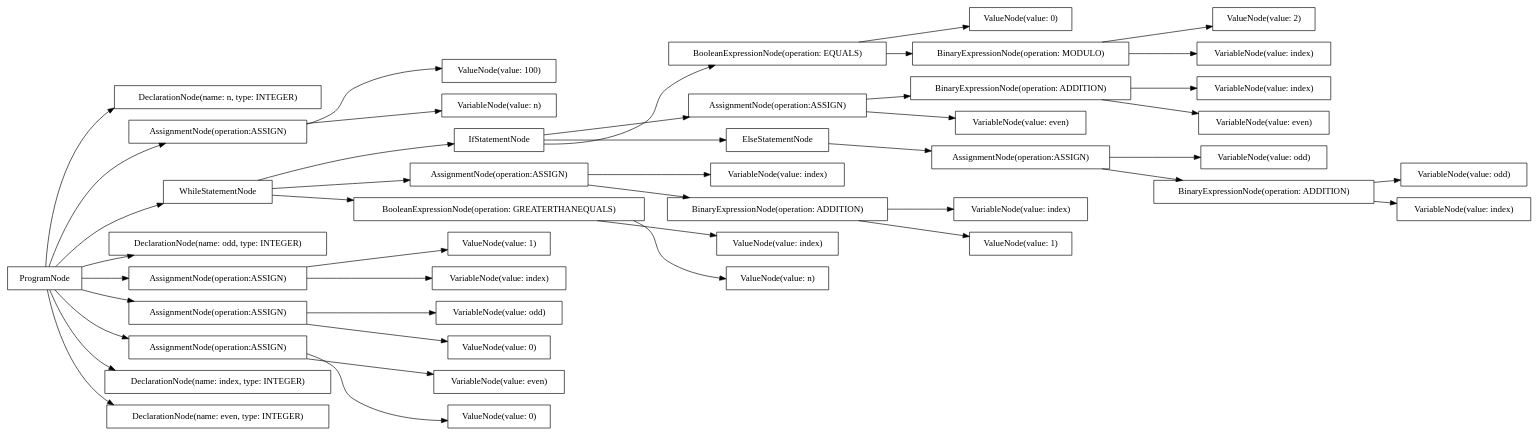
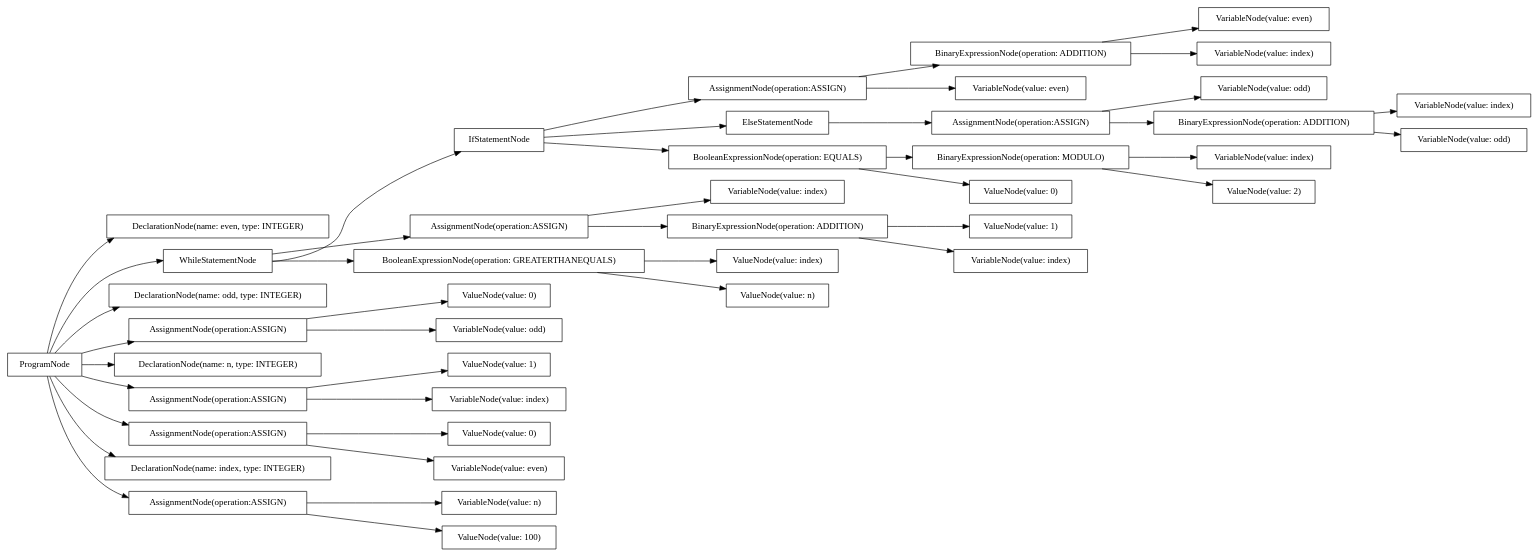
Before and after one commit to AtLeastITry/ANTLR-Python-Compiler: the diagram in src/output/dot/odd_even.dot, drawn with Graphviz. The commit also changed 8 other files, not shown here.

```diff
--- a/src/output/dot/odd_even.dot
+++ b/src/output/dot/odd_even.dot
@@ -1,88 +1,88 @@
 digraph G {
 rankdir=LR
-"64bb99cd-3662-4bb4-a95a-698d5b16e1e1" [label="ValueNode(value: 2)" shape="box"];
-"2c5c5c72-d7b1-4967-a4f8-6f0aca63c9e9" [label="VariableNode(value: index)" shape="box"];
-"53cd578e-72d1-426d-b623-7fbb10b82b97" [label="DeclarationNode(name: n, type: INTEGER)" shape="box"];
-"f9849b89-a6b8-4023-8e40-e4b2c77c0f11" [label="ValueNode(value: 100)" shape="box"];
-"b1921cdd-8e38-463c-8ee3-eba851353438" [label="IfStatementNode" shape="box"];
-"090998a7-073f-46d7-afe3-f2215f03e948" [label="VariableNode(value: odd)" shape="box"];
-"037671e2-61f0-4d68-8b18-01d38a44e053" [label="VariableNode(value: index)" shape="box"];
-"f1f42a09-4625-46df-bc0f-1e3b14b319d1" [label="AssignmentNode(operation:ASSIGN)" shape="box"];
-"1b28136c-bf97-4af4-840c-bc385a1ccf5d" [label="ValueNode(value: index)" shape="box"];
-"040437fc-57a7-4e79-b494-8e6fadc94e86" [label="VariableNode(value: odd)" shape="box"];
-"5de65fb4-553e-4b04-9f2b-5a076bc3f3d3" [label="AssignmentNode(operation:ASSIGN)" shape="box"];
-"7754b00d-58da-4e18-8d17-60c5f801455d" [label="BooleanExpressionNode(operation: EQUALS)" shape="box"];
-"01e404c1-905d-4e34-9f6e-3c358ae056e2" [label="AssignmentNode(operation:ASSIGN)" shape="box"];
-"5ec9c720-3016-4b67-8b7c-982be8c49ddc" [label="VariableNode(value: index)" shape="box"];
-"ab747091-ce72-41d0-8d39-c7faa21a9847" [label="VariableNode(value: n)" shape="box"];
-"6b5ffb9a-09a9-4016-bc8a-11bba5e27ab0" [label="ValueNode(value: 0)" shape="box"];
-"bf5fd07a-ac9b-426c-9582-cdd51aeab7b4" [label="VariableNode(value: index)" shape="box"];
-"ba75d6c8-5d08-4e94-be68-714237b0fa67" [label="BinaryExpressionNode(operation: ADDITION)" shape="box"];
-"c4c86c8c-de6a-4960-9f08-6d77c257717a" [label="BinaryExpressionNode(operation: ADDITION)" shape="box"];
-"02be5b0e-4a29-428c-8ea4-364dd3962377" [label="VariableNode(value: even)" shape="box"];
-"5f5fd7ab-c8cb-48cc-b422-c1107f3fd5e3" [label="ValueNode(value: 1)" shape="box"];
-"c7fce95c-1402-45a2-9a0c-d82ddf078339" [label="WhileStatementNode" shape="box"];
-"95fcb764-612f-460c-874e-c53b341a5ff4" [label="ProgramNode" shape="box"];
-"08d4e5ac-c2d1-4095-a5da-a3e4a17ed69d" [label="VariableNode(value: even)" shape="box"];
-"15545fda-70b0-41f3-b45e-c55a4866e50d" [label="VariableNode(value: index)" shape="box"];
-"c07fbbf0-db87-4955-b884-0280891ffea5" [label="DeclarationNode(name: odd, type: INTEGER)" shape="box"];
-"b632641f-a0bd-4875-9ded-c46b144d4208" [label="VariableNode(value: index)" shape="box"];
-"af149b26-b6f4-4116-968f-461f7a653943" [label="VariableNode(value: odd)" shape="box"];
-"22422d42-8a03-4c5b-a225-1113333d8074" [label="AssignmentNode(operation:ASSIGN)" shape="box"];
-"e64d3546-984f-4b00-9ecd-6da39f69aaea" [label="BooleanExpressionNode(operation: GREATERTHANEQUALS)" shape="box"];
-"46da9f78-a7ca-4876-87d0-2c30c9c55ad0" [label="ValueNode(value: 1)" shape="box"];
-"757dbc3a-440d-4d6e-8925-89cdd87f04df" [label="ValueNode(value: n)" shape="box"];
-"639db208-2474-4eaf-906d-92d09a1efdc2" [label="AssignmentNode(operation:ASSIGN)" shape="box"];
-"f3488911-a806-472d-be13-03d574c7dcdc" [label="ElseStatementNode" shape="box"];
-"cace3f1a-f9b8-4dbe-8e3a-4afe023ec71a" [label="AssignmentNode(operation:ASSIGN)" shape="box"];
-"f5939d95-b0aa-4cd6-b181-fdb77a0a9875" [label="ValueNode(value: 0)" shape="box"];
-"28da2d28-2e60-43da-9761-c8e1ad49ebf2" [label="AssignmentNode(operation:ASSIGN)" shape="box"];
-"4ade2b14-fbb0-4e5d-b25c-af07f353f61a" [label="ValueNode(value: 0)" shape="box"];
-"42f47d5a-626a-42aa-b565-4ca2012fbcf1" [label="BinaryExpressionNode(operation: MODULO)" shape="box"];
-"ef8989a0-976f-4538-b846-75d838fd8be7" [label="VariableNode(value: even)" shape="box"];
-"a5938e30-8f1c-458a-b9f9-00a9c7d2db8c" [label="BinaryExpressionNode(operation: ADDITION)" shape="box"];
-"2cdb2e91-deb0-4980-8b14-2bfd564361ad" [label="DeclarationNode(name: index, type: INTEGER)" shape="box"];
-"f207eac2-f0e5-4f3d-a748-da2ab0b58af5" [label="DeclarationNode(name: even, type: INTEGER)" shape="box"];
-"95fcb764-612f-460c-874e-c53b341a5ff4" -> "53cd578e-72d1-426d-b623-7fbb10b82b97";
-"95fcb764-612f-460c-874e-c53b341a5ff4" -> "c07fbbf0-db87-4955-b884-0280891ffea5";
-"95fcb764-612f-460c-874e-c53b341a5ff4" -> "f207eac2-f0e5-4f3d-a748-da2ab0b58af5";
-"95fcb764-612f-460c-874e-c53b341a5ff4" -> "2cdb2e91-deb0-4980-8b14-2bfd564361ad";
-"95fcb764-612f-460c-874e-c53b341a5ff4" -> "5de65fb4-553e-4b04-9f2b-5a076bc3f3d3";
-"5de65fb4-553e-4b04-9f2b-5a076bc3f3d3" -> "ab747091-ce72-41d0-8d39-c7faa21a9847";
-"5de65fb4-553e-4b04-9f2b-5a076bc3f3d3" -> "f9849b89-a6b8-4023-8e40-e4b2c77c0f11";
-"95fcb764-612f-460c-874e-c53b341a5ff4" -> "cace3f1a-f9b8-4dbe-8e3a-4afe023ec71a";
-"cace3f1a-f9b8-4dbe-8e3a-4afe023ec71a" -> "090998a7-073f-46d7-afe3-f2215f03e948";
-"cace3f1a-f9b8-4dbe-8e3a-4afe023ec71a" -> "f5939d95-b0aa-4cd6-b181-fdb77a0a9875";
-"95fcb764-612f-460c-874e-c53b341a5ff4" -> "28da2d28-2e60-43da-9761-c8e1ad49ebf2";
-"28da2d28-2e60-43da-9761-c8e1ad49ebf2" -> "02be5b0e-4a29-428c-8ea4-364dd3962377";
-"28da2d28-2e60-43da-9761-c8e1ad49ebf2" -> "4ade2b14-fbb0-4e5d-b25c-af07f353f61a";
-"95fcb764-612f-460c-874e-c53b341a5ff4" -> "639db208-2474-4eaf-906d-92d09a1efdc2";
-"639db208-2474-4eaf-906d-92d09a1efdc2" -> "b632641f-a0bd-4875-9ded-c46b144d4208";
-"639db208-2474-4eaf-906d-92d09a1efdc2" -> "5f5fd7ab-c8cb-48cc-b422-c1107f3fd5e3";
-"95fcb764-612f-460c-874e-c53b341a5ff4" -> "c7fce95c-1402-45a2-9a0c-d82ddf078339";
-"c7fce95c-1402-45a2-9a0c-d82ddf078339" -> "e64d3546-984f-4b00-9ecd-6da39f69aaea";
-"e64d3546-984f-4b00-9ecd-6da39f69aaea" -> "1b28136c-bf97-4af4-840c-bc385a1ccf5d";
-"e64d3546-984f-4b00-9ecd-6da39f69aaea" -> "757dbc3a-440d-4d6e-8925-89cdd87f04df";
-"c7fce95c-1402-45a2-9a0c-d82ddf078339" -> "b1921cdd-8e38-463c-8ee3-eba851353438";
-"b1921cdd-8e38-463c-8ee3-eba851353438" -> "7754b00d-58da-4e18-8d17-60c5f801455d";
-"7754b00d-58da-4e18-8d17-60c5f801455d" -> "42f47d5a-626a-42aa-b565-4ca2012fbcf1";
-"42f47d5a-626a-42aa-b565-4ca2012fbcf1" -> "15545fda-70b0-41f3-b45e-c55a4866e50d";
-"42f47d5a-626a-42aa-b565-4ca2012fbcf1" -> "64bb99cd-3662-4bb4-a95a-698d5b16e1e1";
-"7754b00d-58da-4e18-8d17-60c5f801455d" -> "6b5ffb9a-09a9-4016-bc8a-11bba5e27ab0";
-"b1921cdd-8e38-463c-8ee3-eba851353438" -> "22422d42-8a03-4c5b-a225-1113333d8074";
-"22422d42-8a03-4c5b-a225-1113333d8074" -> "08d4e5ac-c2d1-4095-a5da-a3e4a17ed69d";
-"22422d42-8a03-4c5b-a225-1113333d8074" -> "ba75d6c8-5d08-4e94-be68-714237b0fa67";
-"ba75d6c8-5d08-4e94-be68-714237b0fa67" -> "ef8989a0-976f-4538-b846-75d838fd8be7";
-"ba75d6c8-5d08-4e94-be68-714237b0fa67" -> "037671e2-61f0-4d68-8b18-01d38a44e053";
-"b1921cdd-8e38-463c-8ee3-eba851353438" -> "f3488911-a806-472d-be13-03d574c7dcdc";
-"f3488911-a806-472d-be13-03d574c7dcdc" -> "f1f42a09-4625-46df-bc0f-1e3b14b319d1";
-"f1f42a09-4625-46df-bc0f-1e3b14b319d1" -> "af149b26-b6f4-4116-968f-461f7a653943";
-"f1f42a09-4625-46df-bc0f-1e3b14b319d1" -> "a5938e30-8f1c-458a-b9f9-00a9c7d2db8c";
-"a5938e30-8f1c-458a-b9f9-00a9c7d2db8c" -> "040437fc-57a7-4e79-b494-8e6fadc94e86";
-"a5938e30-8f1c-458a-b9f9-00a9c7d2db8c" -> "bf5fd07a-ac9b-426c-9582-cdd51aeab7b4";
-"c7fce95c-1402-45a2-9a0c-d82ddf078339" -> "01e404c1-905d-4e34-9f6e-3c358ae056e2";
-"01e404c1-905d-4e34-9f6e-3c358ae056e2" -> "2c5c5c72-d7b1-4967-a4f8-6f0aca63c9e9";
-"01e404c1-905d-4e34-9f6e-3c358ae056e2" -> "c4c86c8c-de6a-4960-9f08-6d77c257717a";
-"c4c86c8c-de6a-4960-9f08-6d77c257717a" -> "5ec9c720-3016-4b67-8b7c-982be8c49ddc";
-"c4c86c8c-de6a-4960-9f08-6d77c257717a" -> "46da9f78-a7ca-4876-87d0-2c30c9c55ad0";
+"3c84ecd2-099c-4075-8765-96ca28f7bc27" [label="AssignmentNode(operation:ASSIGN)" shape="box"];
+"171e735e-746e-4063-b72b-4a5d5507163f" [label="VariableNode(value: index)" shape="box"];
+"cd8b814c-5619-467e-bede-9ad4acc6a8a8" [label="ValueNode(value: index)" shape="box"];
+"5804a53a-ef70-4b0d-ba9a-45af61b28cc2" [label="ElseStatementNode" shape="box"];
+"f3796099-5be1-4218-a795-6308bb5834db" [label="BinaryExpressionNode(operation: ADDITION)" shape="box"];
+"33f87b8a-2854-49d4-af38-bda120f2d811" [label="DeclarationNode(name: even, type: INTEGER)" shape="box"];
+"c6d660b2-c957-4b46-b3f6-2e7b369e252e" [label="ValueNode(value: 1)" shape="box"];
+"71c66917-f014-4ec2-b396-56bca569b24d" [label="IfStatementNode" shape="box"];
+"62c9003f-aedf-4084-a922-aad190cd7818" [label="ProgramNode" shape="box"];
+"b150c805-328d-4c22-97cb-fa305af432f9" [label="ValueNode(value: 0)" shape="box"];
+"f71ea689-b68f-4666-9237-fef600704903" [label="BinaryExpressionNode(operation: ADDITION)" shape="box"];
+"63cd670d-2961-45da-b2a9-07ea8a86acb3" [label="VariableNode(value: index)" shape="box"];
+"cabb9b45-202c-471c-90c5-bde4e7ca122b" [label="VariableNode(value: n)" shape="box"];
+"953ec087-adbe-4724-95ca-5e24adcd584e" [label="BinaryExpressionNode(operation: MODULO)" shape="box"];
+"654729da-3971-4427-9cde-baa30718b861" [label="WhileStatementNode" shape="box"];
+"30d05825-fbc4-4021-935e-85253a176873" [label="VariableNode(value: index)" shape="box"];
+"a74849e2-61bb-4340-82cc-b55ec1b561a7" [label="ValueNode(value: 0)" shape="box"];
+"daa74d46-cf00-4fb8-bde9-061cd5fa1007" [label="ValueNode(value: 1)" shape="box"];
+"59cbf410-cc21-45f9-9fdc-c0871ef94633" [label="VariableNode(value: odd)" shape="box"];
+"5026cdab-7126-4e51-8cc4-36f7ecb7536a" [label="AssignmentNode(operation:ASSIGN)" shape="box"];
+"a3183536-32e8-4e39-b89c-9db0ee03e285" [label="DeclarationNode(name: odd, type: INTEGER)" shape="box"];
+"f715ac36-db79-4673-bb35-c3a41840bdef" [label="AssignmentNode(operation:ASSIGN)" shape="box"];
+"19c2a2b7-7c89-4a85-b1a1-a0b771c70fbf" [label="VariableNode(value: index)" shape="box"];
+"93e62058-f078-4c74-b693-54323e70a0f4" [label="VariableNode(value: index)" shape="box"];
+"473bcf86-4430-4020-8a16-c80279b6c7d4" [label="DeclarationNode(name: n, type: INTEGER)" shape="box"];
+"7802aca1-e420-4325-8b5a-ac33d2439557" [label="ValueNode(value: n)" shape="box"];
+"c43f7004-2ff4-4b8a-b0e2-a2500464acce" [label="ValueNode(value: 2)" shape="box"];
+"9be49c4e-aea7-4838-9e5d-50007d501818" [label="AssignmentNode(operation:ASSIGN)" shape="box"];
+"4ce222fb-0207-4353-8a62-ed64aad19d7a" [label="VariableNode(value: odd)" shape="box"];
+"57fe3e93-d83a-4d87-a00e-a00ff838c248" [label="VariableNode(value: even)" shape="box"];
+"63753b0e-72ae-445a-b216-732f145d42ca" [label="VariableNode(value: odd)" shape="box"];
+"7ad9524d-75b9-4846-9a59-6fddcf9d4b10" [label="AssignmentNode(operation:ASSIGN)" shape="box"];
+"c9b1f6f1-609c-4785-bc33-1a2e5422b2c4" [label="ValueNode(value: 0)" shape="box"];
+"36ee04f1-cbd9-43a6-b3fd-b625976e6c73" [label="ValueNode(value: 100)" shape="box"];
+"a4d1915e-89b2-443b-900a-16803e936cb7" [label="BooleanExpressionNode(operation: EQUALS)" shape="box"];
+"4770ac5f-f432-4748-9093-0491e104a3ba" [label="BooleanExpressionNode(operation: GREATERTHANEQUALS)" shape="box"];
+"01bc6fca-87b9-4cb0-94f5-4add2bac1354" [label="VariableNode(value: even)" shape="box"];
+"5aaec957-626d-4187-a6fa-f9288a75ca07" [label="VariableNode(value: index)" shape="box"];
+"debe5e78-cba1-4369-ae3b-137caed6bbab" [label="VariableNode(value: even)" shape="box"];
+"294dc2a1-2652-4ed2-bea3-02210db932e1" [label="BinaryExpressionNode(operation: ADDITION)" shape="box"];
+"b7230f8d-f162-4e6e-b434-a292ce7df50e" [label="DeclarationNode(name: index, type: INTEGER)" shape="box"];
+"9fb4ab69-30ef-4c17-a55e-432ef115fbfd" [label="AssignmentNode(operation:ASSIGN)" shape="box"];
+"f8f7ea2a-a133-4be9-be8c-bcd7eae92b0b" [label="AssignmentNode(operation:ASSIGN)" shape="box"];
+"62c9003f-aedf-4084-a922-aad190cd7818" -> "473bcf86-4430-4020-8a16-c80279b6c7d4";
+"62c9003f-aedf-4084-a922-aad190cd7818" -> "a3183536-32e8-4e39-b89c-9db0ee03e285";
+"62c9003f-aedf-4084-a922-aad190cd7818" -> "33f87b8a-2854-49d4-af38-bda120f2d811";
+"62c9003f-aedf-4084-a922-aad190cd7818" -> "b7230f8d-f162-4e6e-b434-a292ce7df50e";
+"62c9003f-aedf-4084-a922-aad190cd7818" -> "9fb4ab69-30ef-4c17-a55e-432ef115fbfd";
+"9fb4ab69-30ef-4c17-a55e-432ef115fbfd" -> "cabb9b45-202c-471c-90c5-bde4e7ca122b";
+"9fb4ab69-30ef-4c17-a55e-432ef115fbfd" -> "36ee04f1-cbd9-43a6-b3fd-b625976e6c73";
+"62c9003f-aedf-4084-a922-aad190cd7818" -> "f715ac36-db79-4673-bb35-c3a41840bdef";
+"f715ac36-db79-4673-bb35-c3a41840bdef" -> "59cbf410-cc21-45f9-9fdc-c0871ef94633";
+"f715ac36-db79-4673-bb35-c3a41840bdef" -> "b150c805-328d-4c22-97cb-fa305af432f9";
+"62c9003f-aedf-4084-a922-aad190cd7818" -> "7ad9524d-75b9-4846-9a59-6fddcf9d4b10";
+"7ad9524d-75b9-4846-9a59-6fddcf9d4b10" -> "debe5e78-cba1-4369-ae3b-137caed6bbab";
+"7ad9524d-75b9-4846-9a59-6fddcf9d4b10" -> "a74849e2-61bb-4340-82cc-b55ec1b561a7";
+"62c9003f-aedf-4084-a922-aad190cd7818" -> "9be49c4e-aea7-4838-9e5d-50007d501818";
+"9be49c4e-aea7-4838-9e5d-50007d501818" -> "19c2a2b7-7c89-4a85-b1a1-a0b771c70fbf";
+"9be49c4e-aea7-4838-9e5d-50007d501818" -> "daa74d46-cf00-4fb8-bde9-061cd5fa1007";
+"62c9003f-aedf-4084-a922-aad190cd7818" -> "654729da-3971-4427-9cde-baa30718b861";
+"654729da-3971-4427-9cde-baa30718b861" -> "4770ac5f-f432-4748-9093-0491e104a3ba";
+"4770ac5f-f432-4748-9093-0491e104a3ba" -> "cd8b814c-5619-467e-bede-9ad4acc6a8a8";
+"4770ac5f-f432-4748-9093-0491e104a3ba" -> "7802aca1-e420-4325-8b5a-ac33d2439557";
+"654729da-3971-4427-9cde-baa30718b861" -> "71c66917-f014-4ec2-b396-56bca569b24d";
+"71c66917-f014-4ec2-b396-56bca569b24d" -> "a4d1915e-89b2-443b-900a-16803e936cb7";
+"a4d1915e-89b2-443b-900a-16803e936cb7" -> "953ec087-adbe-4724-95ca-5e24adcd584e";
+"953ec087-adbe-4724-95ca-5e24adcd584e" -> "93e62058-f078-4c74-b693-54323e70a0f4";
+"953ec087-adbe-4724-95ca-5e24adcd584e" -> "c43f7004-2ff4-4b8a-b0e2-a2500464acce";
+"a4d1915e-89b2-443b-900a-16803e936cb7" -> "c9b1f6f1-609c-4785-bc33-1a2e5422b2c4";
+"71c66917-f014-4ec2-b396-56bca569b24d" -> "3c84ecd2-099c-4075-8765-96ca28f7bc27";
+"3c84ecd2-099c-4075-8765-96ca28f7bc27" -> "01bc6fca-87b9-4cb0-94f5-4add2bac1354";
+"3c84ecd2-099c-4075-8765-96ca28f7bc27" -> "f3796099-5be1-4218-a795-6308bb5834db";
+"f3796099-5be1-4218-a795-6308bb5834db" -> "57fe3e93-d83a-4d87-a00e-a00ff838c248";
+"f3796099-5be1-4218-a795-6308bb5834db" -> "5aaec957-626d-4187-a6fa-f9288a75ca07";
+"71c66917-f014-4ec2-b396-56bca569b24d" -> "5804a53a-ef70-4b0d-ba9a-45af61b28cc2";
+"5804a53a-ef70-4b0d-ba9a-45af61b28cc2" -> "f8f7ea2a-a133-4be9-be8c-bcd7eae92b0b";
+"f8f7ea2a-a133-4be9-be8c-bcd7eae92b0b" -> "4ce222fb-0207-4353-8a62-ed64aad19d7a";
+"f8f7ea2a-a133-4be9-be8c-bcd7eae92b0b" -> "294dc2a1-2652-4ed2-bea3-02210db932e1";
+"294dc2a1-2652-4ed2-bea3-02210db932e1" -> "63753b0e-72ae-445a-b216-732f145d42ca";
+"294dc2a1-2652-4ed2-bea3-02210db932e1" -> "63cd670d-2961-45da-b2a9-07ea8a86acb3";
+"654729da-3971-4427-9cde-baa30718b861" -> "5026cdab-7126-4e51-8cc4-36f7ecb7536a";
+"5026cdab-7126-4e51-8cc4-36f7ecb7536a" -> "171e735e-746e-4063-b72b-4a5d5507163f";
+"5026cdab-7126-4e51-8cc4-36f7ecb7536a" -> "f71ea689-b68f-4666-9237-fef600704903";
+"f71ea689-b68f-4666-9237-fef600704903" -> "30d05825-fbc4-4021-935e-85253a176873";
+"f71ea689-b68f-4666-9237-fef600704903" -> "c6d660b2-c957-4b46-b3f6-2e7b369e252e";
 }
```
